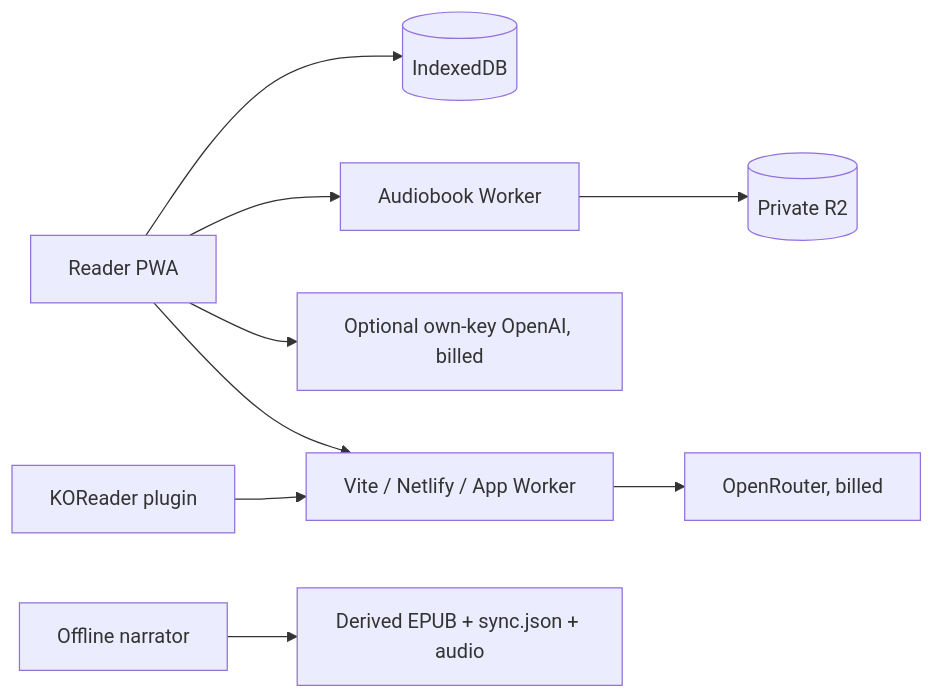
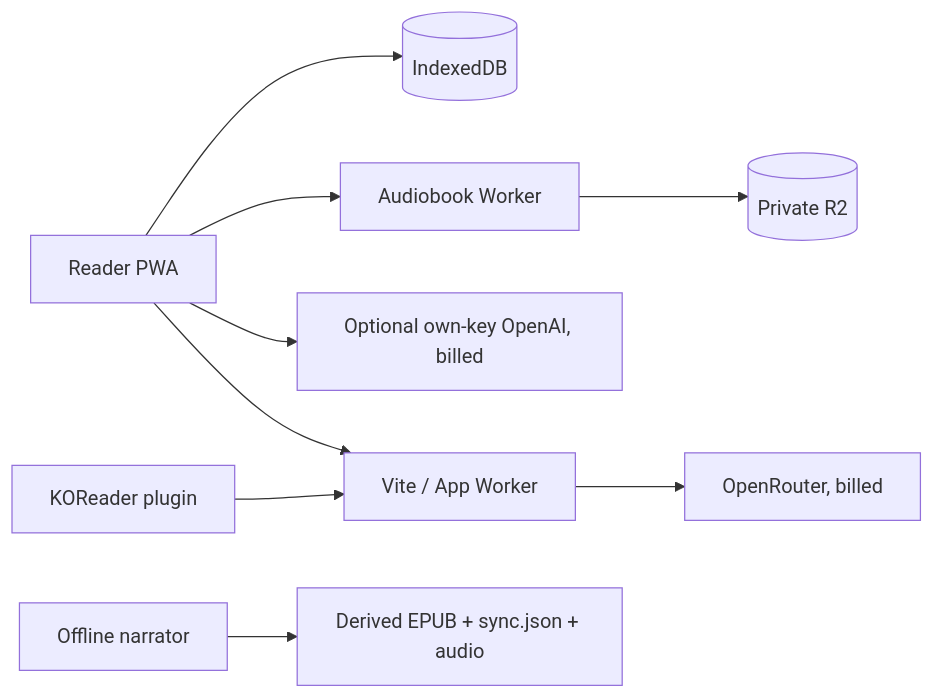
The diagram in docs/architecture.md (Agentic-Possible/Rami), drawn with Mermaid before and after one commit. The commit also changed 17 other files, not shown here.

````diff
--- a/docs/architecture.md
+++ b/docs/architecture.md
@@ -3,11 +3,11 @@
 ```mermaid
 flowchart LR
   PWA[Reader PWA] --> IDB[(IndexedDB)]
-  PWA --> Relay[Vite / Netlify / App Worker]
+  PWA --> Relay[Vite / App Worker]
   KO[KOReader plugin] --> Relay
   Relay --> OR[OpenRouter, billed]
   PWA --> OA[Optional own-key OpenAI, billed]
   PWA --> Audio[Audiobook Worker]
   Audio --> R2[(Private R2)]
   Narrator[Offline narrator] --> Artifacts[Derived EPUB + sync.json + audio]
 ```
````
